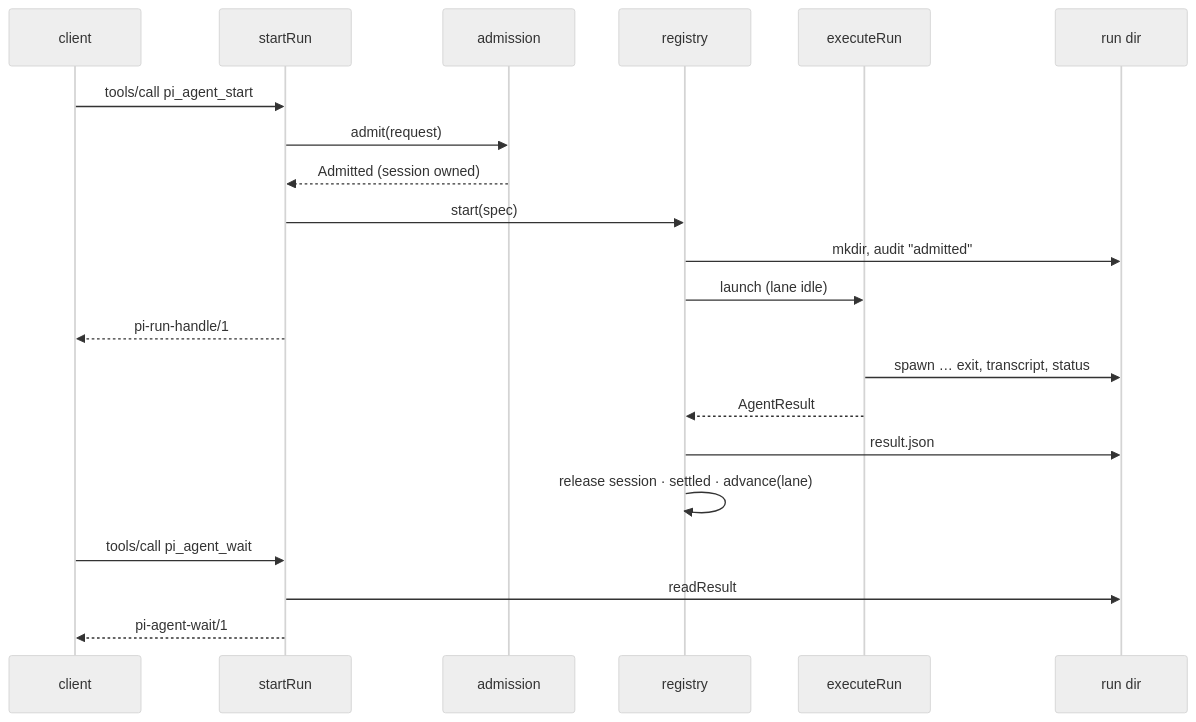
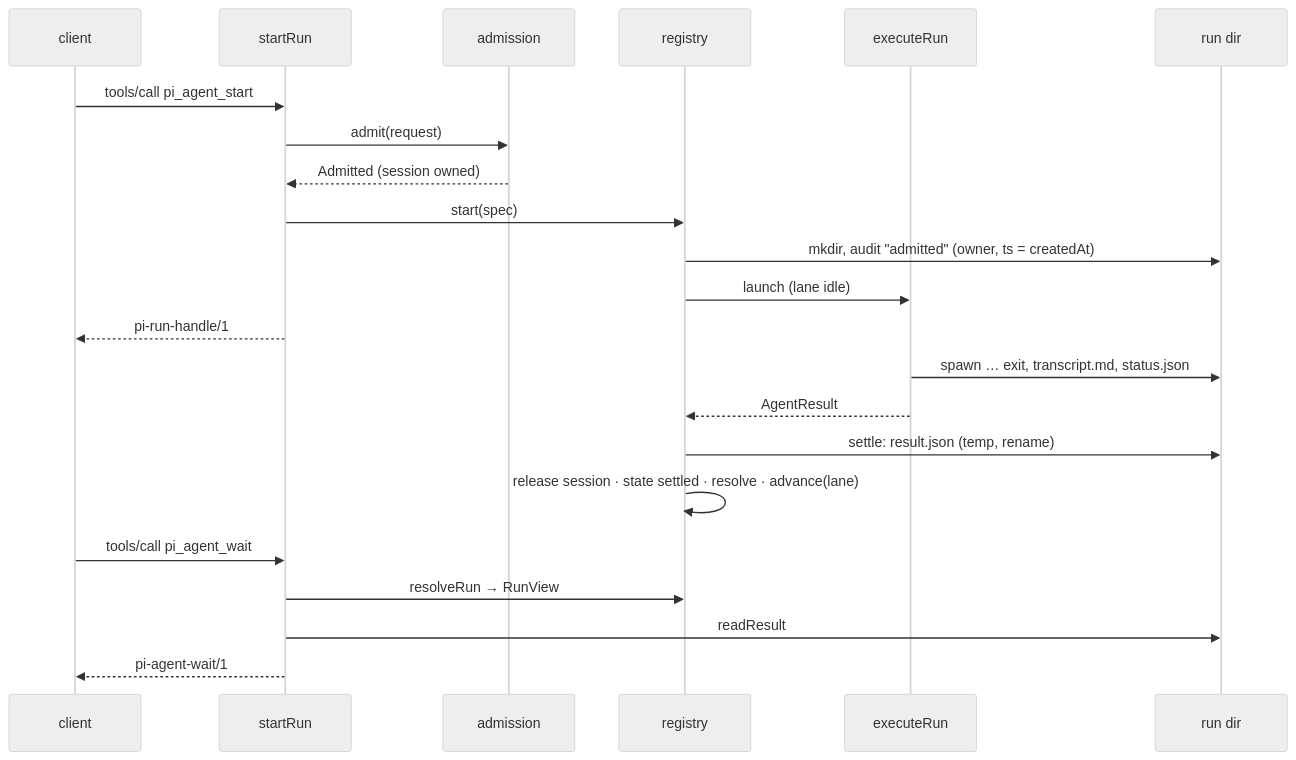
Before and after one commit to davidlee/quotient: the sixth of 6 diagrams in .doctrine/slice/004/design.md, drawn with Mermaid (neutral theme). The commit also changed other lines of this file and 14 other files, not shown here.

````diff
--- a/.doctrine/slice/004/design.md
+++ b/.doctrine/slice/004/design.md
@@ -702,23 +891,24 @@
 ```mermaid
 sequenceDiagram
   participant C as client
   participant H as startRun
   participant A as admission
   participant R as registry
   participant E as executeRun
   participant D as run dir
   C->>H: tools/call pi_agent_start
   H->>A: admit(request)
   A-->>H: Admitted (session owned)
   H->>R: start(spec)
-  R->>D: mkdir, audit "admitted"
+  R->>D: mkdir, audit "admitted" (owner, ts = createdAt)
   R->>E: launch (lane idle)
   H-->>C: pi-run-handle/1
-  E->>D: spawn … exit, transcript, status
+  E->>D: spawn … exit, transcript.md, status.json
   E-->>R: AgentResult
-  R->>D: result.json
-  R->>R: release session · settled · advance(lane)
+  R->>D: settle: result.json (temp, rename)
+  R->>R: release session · state settled · resolve · advance(lane)
   C->>H: tools/call pi_agent_wait
+  H->>R: resolveRun → RunView
   H->>D: readResult
   H-->>C: pi-agent-wait/1
 ```
````
